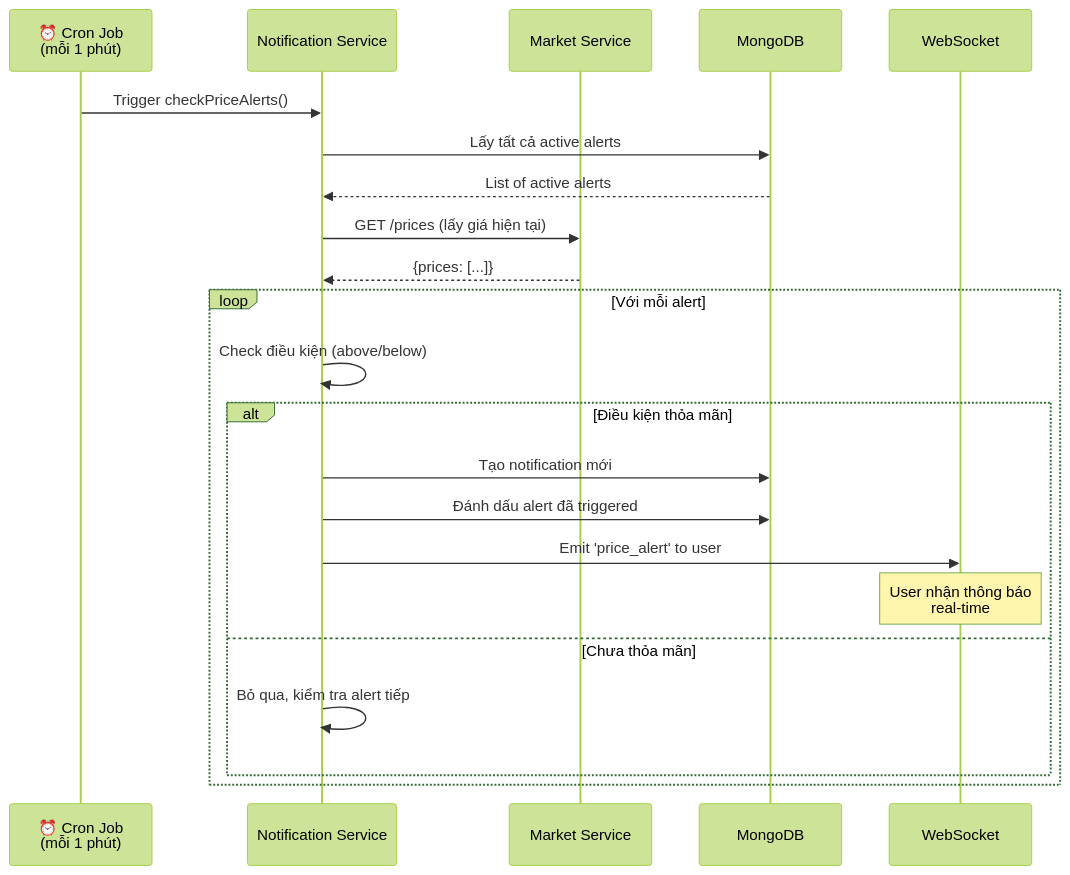
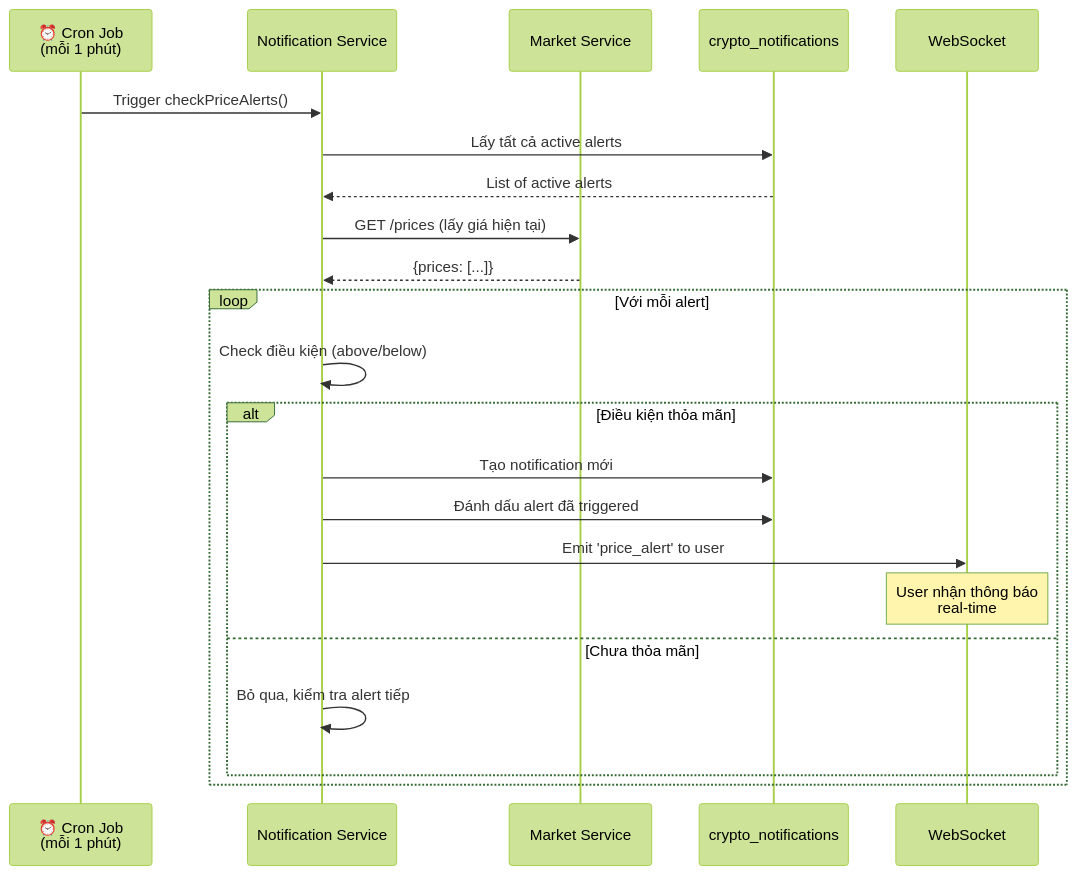
Before and after one commit to doanthetin193/CryptoTradingSOA: the tenth of 31 diagrams in docs/BAO_CAO_KIEN_TRUC_HUONG_DICH_VU.md, drawn with Mermaid (forest theme). The commit also changed other lines of this file and 7 other files, not shown here.

````diff
--- a/docs/BAO_CAO_KIEN_TRUC_HUONG_DICH_VU.md
+++ b/docs/BAO_CAO_KIEN_TRUC_HUONG_DICH_VU.md
@@ -686,27 +689,27 @@
 ```mermaid
 sequenceDiagram
     participant CRON as ⏰ Cron Job<br/>(mỗi 1 phút)
     participant NS as Notification Service
     participant MS as Market Service
-    participant DB as MongoDB
+    participant DB as crypto_notifications
     participant WS as WebSocket
 
     CRON->>NS: Trigger checkPriceAlerts()
     NS->>DB: Lấy tất cả active alerts
     DB-->>NS: List of active alerts
     
     NS->>MS: GET /prices (lấy giá hiện tại)
     MS-->>NS: {prices: [...]}
     
     loop Với mỗi alert
         NS->>NS: Check điều kiện (above/below)
         alt Điều kiện thỏa mãn
             NS->>DB: Tạo notification mới
             NS->>DB: Đánh dấu alert đã triggered
             NS->>WS: Emit 'price_alert' to user
             Note over WS: User nhận thông báo<br/>real-time
         else Chưa thỏa mãn
             NS->>NS: Bỏ qua, kiểm tra alert tiếp
         end
     end
 ```
````
